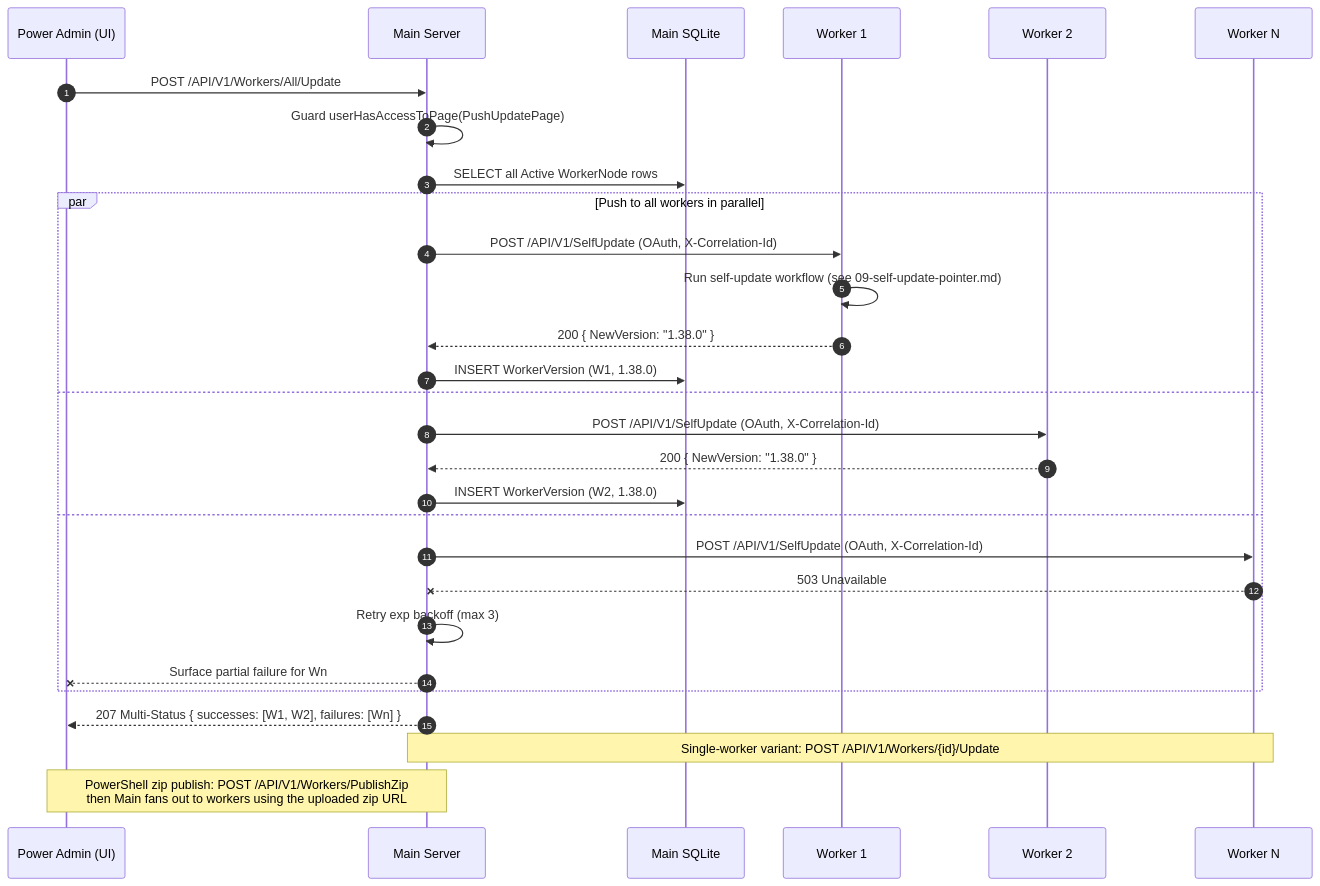
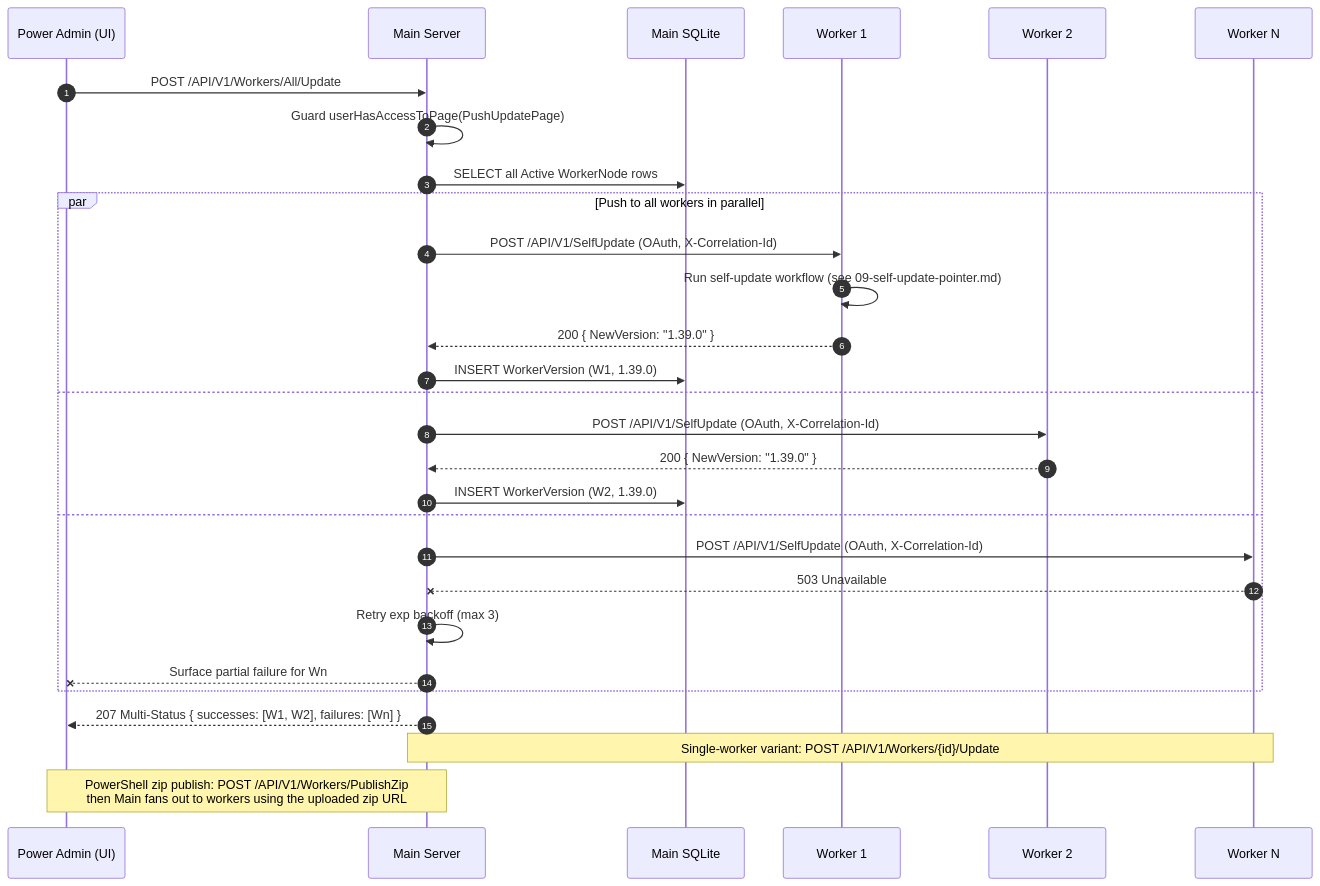
The diagram in spec/19-main-worker-service/diagrams/seq-push-update.mmd (alimtvnetwork/prompt-architect-v2), drawn with Mermaid before and after one commit. The commit also changed 19 other files, not shown here.

```diff
--- a/spec/19-main-worker-service/diagrams/seq-push-update.mmd
+++ b/spec/19-main-worker-service/diagrams/seq-push-update.mmd
@@ -1,43 +1,43 @@
 %% ==========================================================
 %% NON-AUTHORITATIVE PROJECTION
 %% ==========================================================
 %% Subject:        Power-Admin push-update fan-out
 %% Authoritative:  spec/14-update/28-worker-push-instruction.md + spec/19/15-tunable-constants.md
 %% Status:         Illustrative only. If this diagram disagrees
 %%                 with the authoritative spec(s) above, the
 %%                 spec wins and this file is the bug.
 %% Banner version: 1.0.0 (2026-05-04, audit fix #9)
 %% ==========================================================
 sequenceDiagram
     autonumber
     participant Admin as Power Admin (UI)
     participant Main as Main Server
     participant DB as Main SQLite
     participant W1 as Worker 1
     participant W2 as Worker 2
     participant Wn as Worker N
 
     Admin->>Main: POST /API/V1/Workers/All/Update
     Main->>Main: Guard userHasAccessToPage(PushUpdatePage)
     Main->>DB: SELECT all Active WorkerNode rows
 
     par Push to all workers in parallel
         Main->>W1: POST /API/V1/SelfUpdate (OAuth, X-Correlation-Id)
         W1->>W1: Run self-update workflow (see 09-self-update-pointer.md)
-        W1-->>Main: 200 { NewVersion: "1.38.0" }
-        Main->>DB: INSERT WorkerVersion (W1, 1.38.0)
+        W1-->>Main: 200 { NewVersion: "1.39.0" }
+        Main->>DB: INSERT WorkerVersion (W1, 1.39.0)
     and
         Main->>W2: POST /API/V1/SelfUpdate (OAuth, X-Correlation-Id)
-        W2-->>Main: 200 { NewVersion: "1.38.0" }
-        Main->>DB: INSERT WorkerVersion (W2, 1.38.0)
+        W2-->>Main: 200 { NewVersion: "1.39.0" }
+        Main->>DB: INSERT WorkerVersion (W2, 1.39.0)
     and
         Main->>Wn: POST /API/V1/SelfUpdate (OAuth, X-Correlation-Id)
         Wn--xMain: 503 Unavailable
         Main->>Main: Retry exp backoff (max 3)
         Main--xAdmin: Surface partial failure for Wn
     end
 
     Main-->>Admin: 207 Multi-Status { successes: [W1, W2], failures: [Wn] }
 
     Note over Main,Wn: Single-worker variant: POST /API/V1/Workers/{id}/Update
     Note over Admin,Main: PowerShell zip publish: POST /API/V1/Workers/PublishZip<br/>then Main fans out to workers using the uploaded zip URL
```
